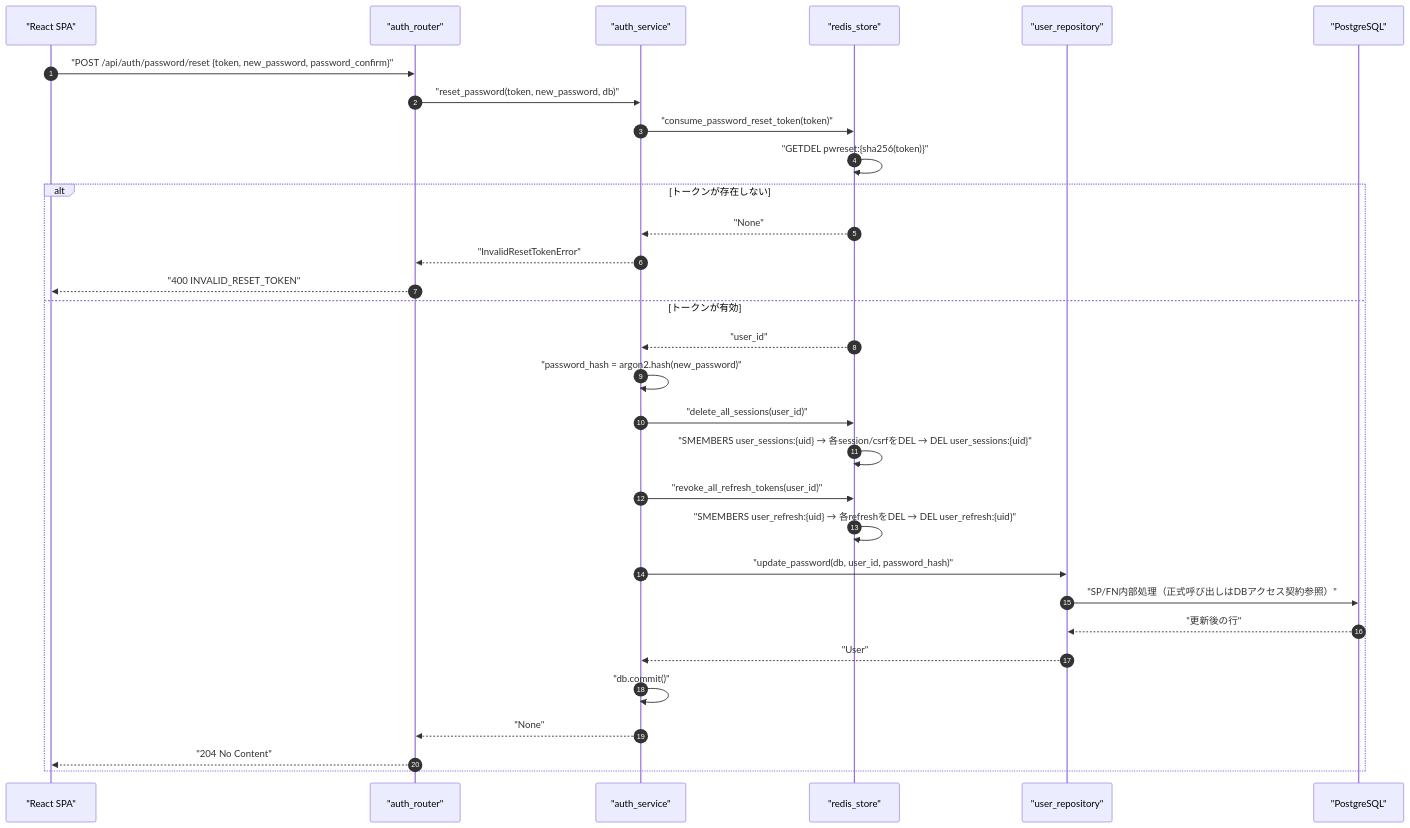
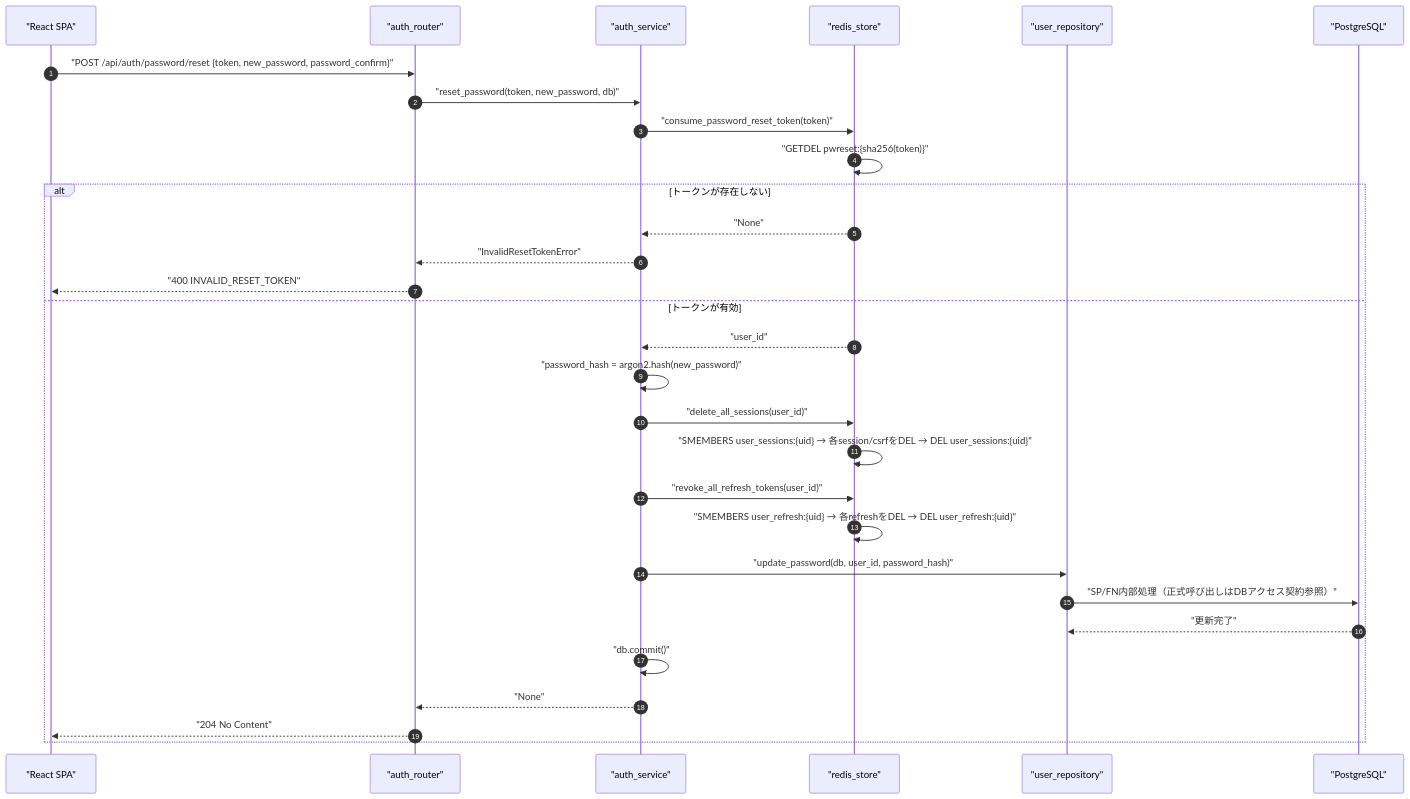
One commit to oikawa-d/task_management changed the first of 4 diagrams in docs/detailed_design/api/auth/10_post_auth_password_reset.md. Above: the diagram before and after it, drawn with Mermaid. The commit also changed other lines of this file and 6 other files, not shown here.

````diff
--- a/docs/detailed_design/api/auth/10_post_auth_password_reset.md
+++ b/docs/detailed_design/api/auth/10_post_auth_password_reset.md
@@ -88,34 +88,33 @@
 ```mermaid
 sequenceDiagram
     autonumber
     participant FE as "React SPA"
     participant R as "auth_router"
     participant S as "auth_service"
     participant RD as "redis_store"
     participant UR as "user_repository"
     participant PG as "PostgreSQL"
 
     FE->>R: "POST /api/auth/password/reset {token, new_password, password_confirm}"
     R->>S: "reset_password(token, new_password, db)"
     S->>RD: "consume_password_reset_token(token)"
     RD->>RD: "GETDEL pwreset:{sha256(token)}"
     alt トークンが存在しない
         RD-->>S: "None"
         S-->>R: "InvalidResetTokenError"
         R-->>FE: "400 INVALID_RESET_TOKEN"
     else トークンが有効
         RD-->>S: "user_id"
         S->>S: "password_hash = argon2.hash(new_password)"
         S->>RD: "delete_all_sessions(user_id)"
         RD->>RD: "SMEMBERS user_sessions:{uid} → 各session/csrfをDEL → DEL user_sessions:{uid}"
         S->>RD: "revoke_all_refresh_tokens(user_id)"
         RD->>RD: "SMEMBERS user_refresh:{uid} → 各refreshをDEL → DEL user_refresh:{uid}"
         S->>UR: "update_password(db, user_id, password_hash)"
         UR->>PG: "SP/FN内部処理（正式呼び出しはDBアクセス契約参照）"
-        PG-->>UR: "更新後の行"
-        UR-->>S: "User"
+        PG-->>UR: "更新完了"
         S->>S: "db.commit()"
         S-->>R: "None"
         R-->>FE: "204 No Content"
     end
 ```
````
